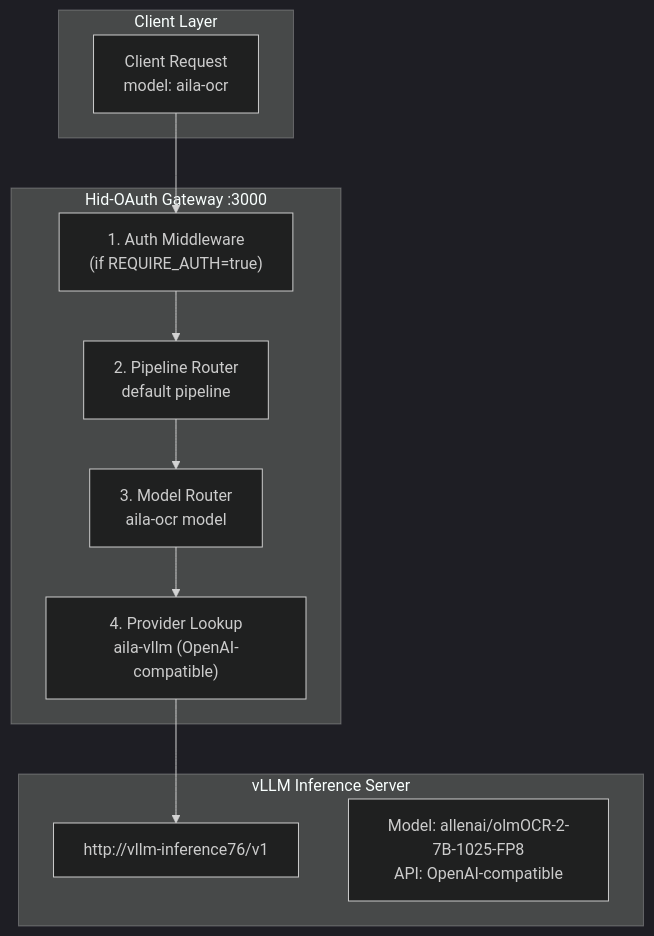
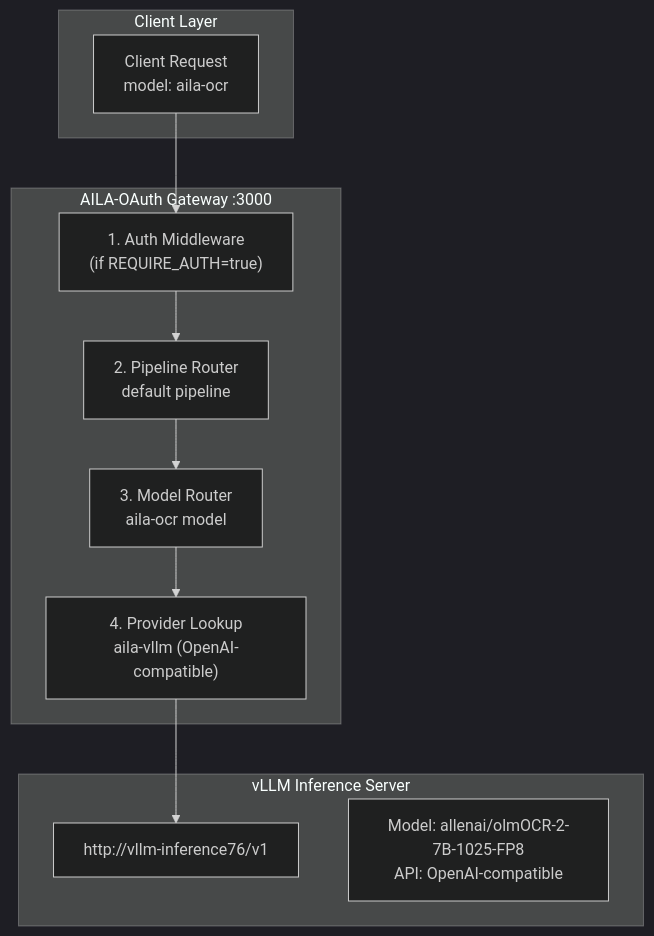
Before and after one commit to Yoiness-Brag/aila-gatway-vllm: the third of 4 diagrams in docs/Guide.md, drawn with Mermaid (dark theme). The commit also changed other lines of this file and 23 other files, not shown here.

First line of the commit message:
refactor: Rename all HID/hid references to AILA/aila across entire codebase

````diff
--- a/docs/Guide.md
+++ b/docs/Guide.md
@@ -188,23 +188,23 @@
 ```mermaid
 flowchart TD
     subgraph Client["Client Layer"]
         REQ["Client Request<br/>model: aila-ocr"]
     end
 
-    subgraph Gateway["Hid-OAuth Gateway :3000"]
+    subgraph Gateway["AILA-OAuth Gateway :3000"]
         AUTH["1. Auth Middleware<br/>(if REQUIRE_AUTH=true)"]
         PIPE["2. Pipeline Router<br/>default pipeline"]
         MODEL["3. Model Router<br/>aila-ocr model"]
         PROV["4. Provider Lookup<br/>aila-vllm (OpenAI-compatible)"]
         
         AUTH --> PIPE --> MODEL --> PROV
     end
 
     subgraph VLLM["vLLM Inference Server"]
         ENDPOINT["http://vllm-inference76/v1"]
         MODELINFO["Model: allenai/olmOCR-2-7B-1025-FP8<br/>API: OpenAI-compatible"]
     end
 
     REQ --> AUTH
     PROV --> ENDPOINT
 ```
````
